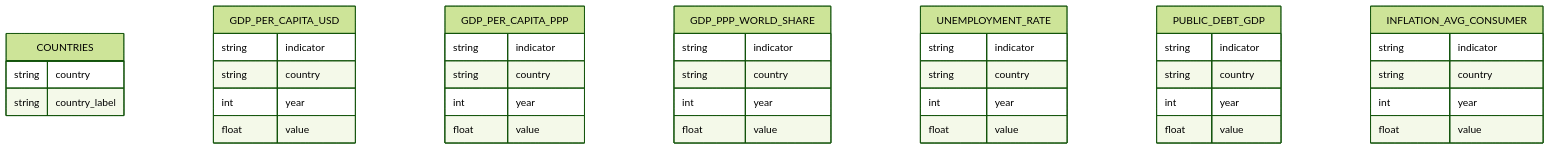
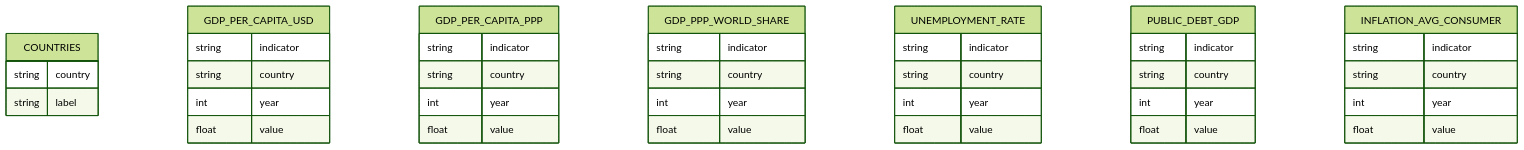
One commit to rgctechfi/ecodata_cloud changed the first of 3 diagrams in data/Transformations.md. Above: the diagram before and after it, drawn with Mermaid (forest theme). The commit also changed other lines of this file and 20 other files, not shown here.

````diff
--- a/data/Transformations.md
+++ b/data/Transformations.md
@@ -10,49 +10,49 @@
 ```mermaid
 erDiagram
   COUNTRIES {
     string country
-    string country_label
+    string label
   }
 
   GDP_PER_CAPITA_USD {
     string indicator
     string country
     int year
     float value
   }
 
   GDP_PER_CAPITA_PPP {
     string indicator
     string country
     int year
     float value
   }
 
   GDP_PPP_WORLD_SHARE {
     string indicator
     string country
     int year
     float value
   }
 
   UNEMPLOYMENT_RATE {
     string indicator
     string country
     int year
     float value
   }
 
   PUBLIC_DEBT_GDP {
     string indicator
     string country
     int year
     float value
   }
 
   INFLATION_AVG_CONSUMER {
     string indicator
     string country
     int year
     float value
   }
 ```
````
